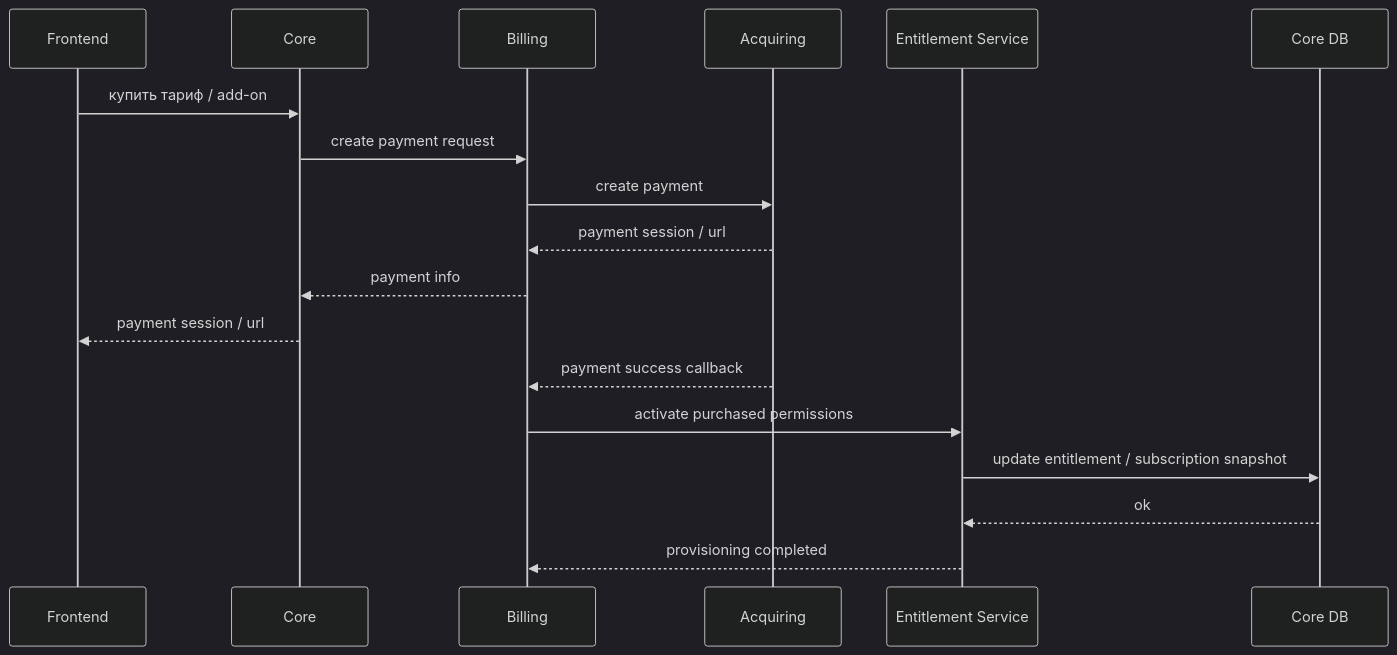
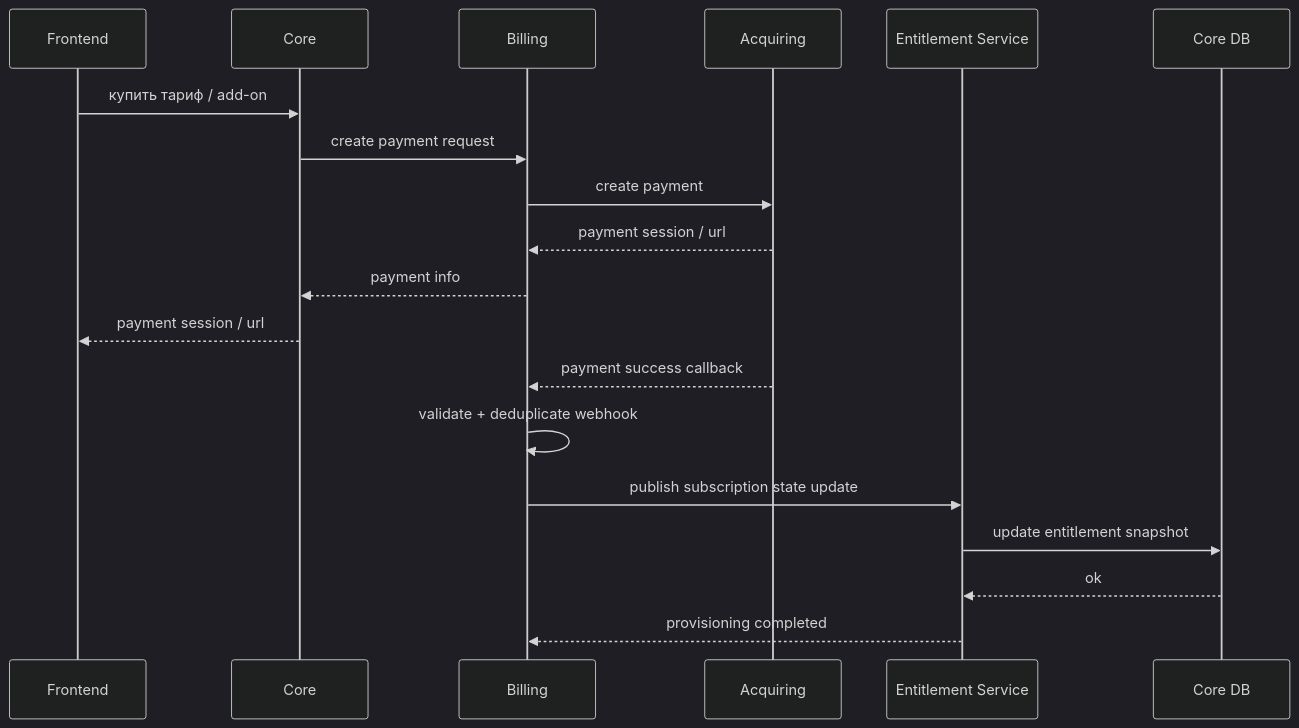
One commit to yakoodev/DigitalDealsCRM changed the diagram in docs/architecture_draft/16-subscription-and-payment-flow.md. Above: the diagram before and after it, drawn with Mermaid (dark theme). The commit also changed other lines of this file and 34 other files, not shown here.

Commit message:
docs: consolidate architecture package and add OpenAPI governance

````diff
--- a/docs/architecture_draft/16-subscription-and-payment-flow.md
+++ b/docs/architecture_draft/16-subscription-and-payment-flow.md
@@ -5,22 +5,23 @@
 ```mermaid
 sequenceDiagram
     participant FE as Frontend
     participant CORE as Core
     participant BILL as Billing
     participant PAY as Acquiring
     participant ENT as Entitlement Service
     participant DB as Core DB
 
     FE->>CORE: купить тариф / add-on
     CORE->>BILL: create payment request
     BILL->>PAY: create payment
     PAY-->>BILL: payment session / url
     BILL-->>CORE: payment info
     CORE-->>FE: payment session / url
 
     PAY-->>BILL: payment success callback
-    BILL->>ENT: activate purchased permissions
-    ENT->>DB: update entitlement / subscription snapshot
+    BILL->>BILL: validate + deduplicate webhook
+    BILL->>ENT: publish subscription state update
+    ENT->>DB: update entitlement snapshot
     DB-->>ENT: ok
     ENT-->>BILL: provisioning completed
 ```
````
